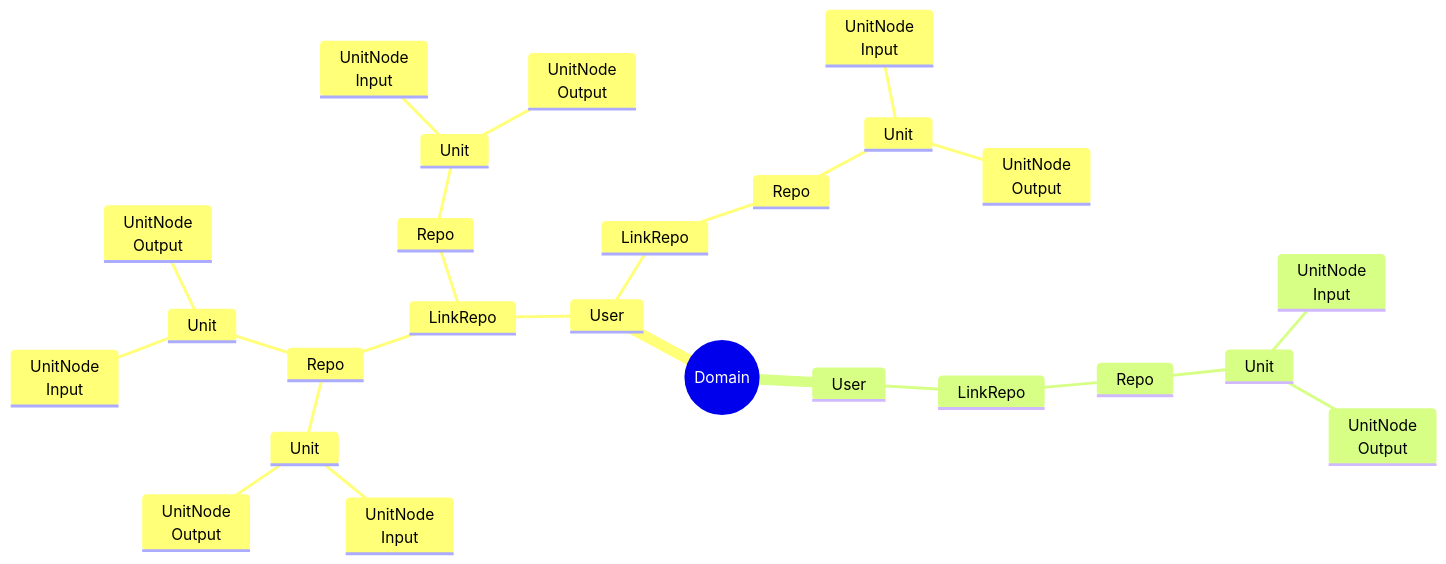
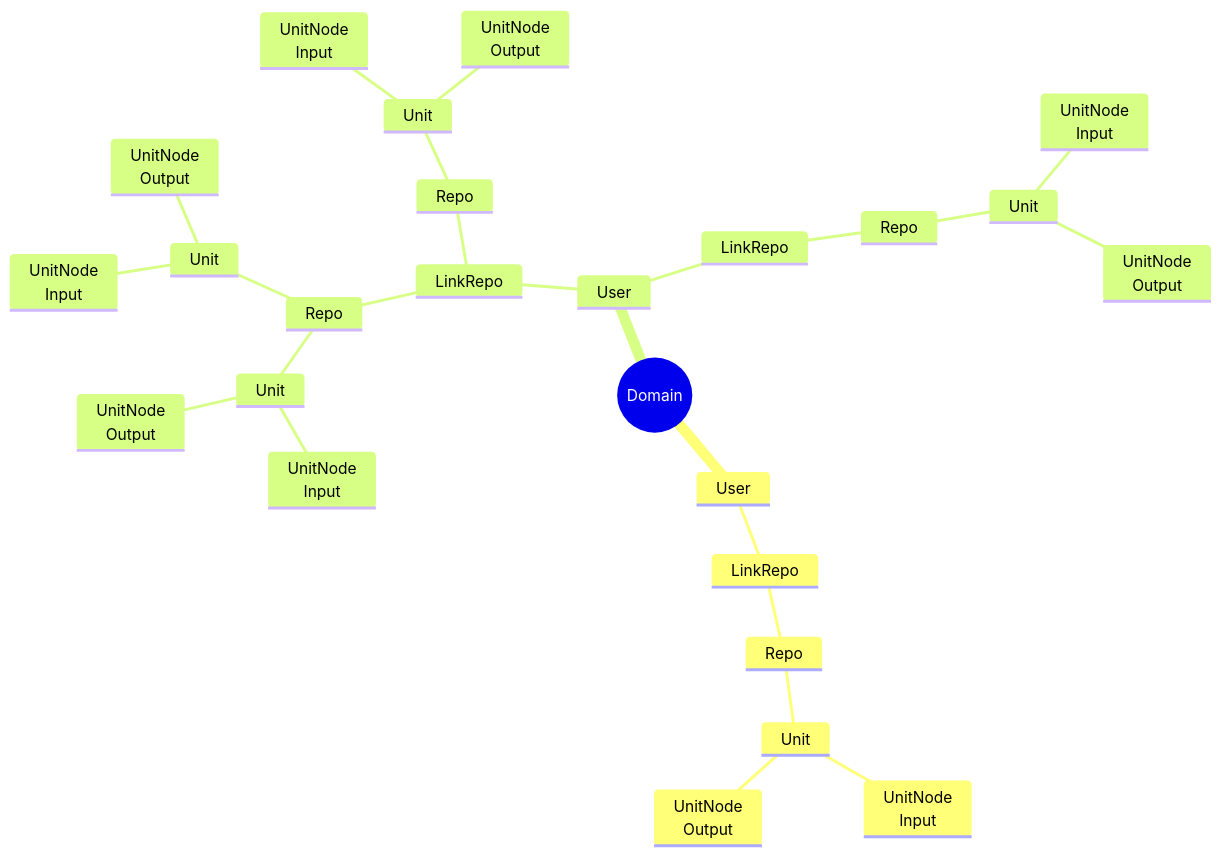
Before and after one commit to w7a8n1y4a/pepeunit: the first of 2 diagrams in docs/idea-func.md, drawn with Mermaid. The commit also changed other lines of this file, not shown here.

````diff
--- a/docs/idea-func.md
+++ b/docs/idea-func.md
@@ -41,28 +41,28 @@
 ```mermaid
 mindmap
     root((Domain))
+        User
+            LinkRepo
+                Repo
+                    Unit
+                        UnitNode<br/>Input
+                        UnitNode<br/>Output
         User
             LinkRepo
                 Repo
                     Unit
                         UnitNode<br/>Input
                         UnitNode<br/>Output
                     Unit
                         UnitNode<br/>Input
                         UnitNode<br/>Output
                 Repo
                     Unit
                         UnitNode<br/>Input
                         UnitNode<br/>Output
             LinkRepo
                 Repo
                     Unit
                         UnitNode<br/>Input
                         UnitNode<br/>Output
-        User
-            LinkRepo
-                Repo
-                    Unit
-                        UnitNode<br/>Input
-                        UnitNode<br/>Output
 ```
````
